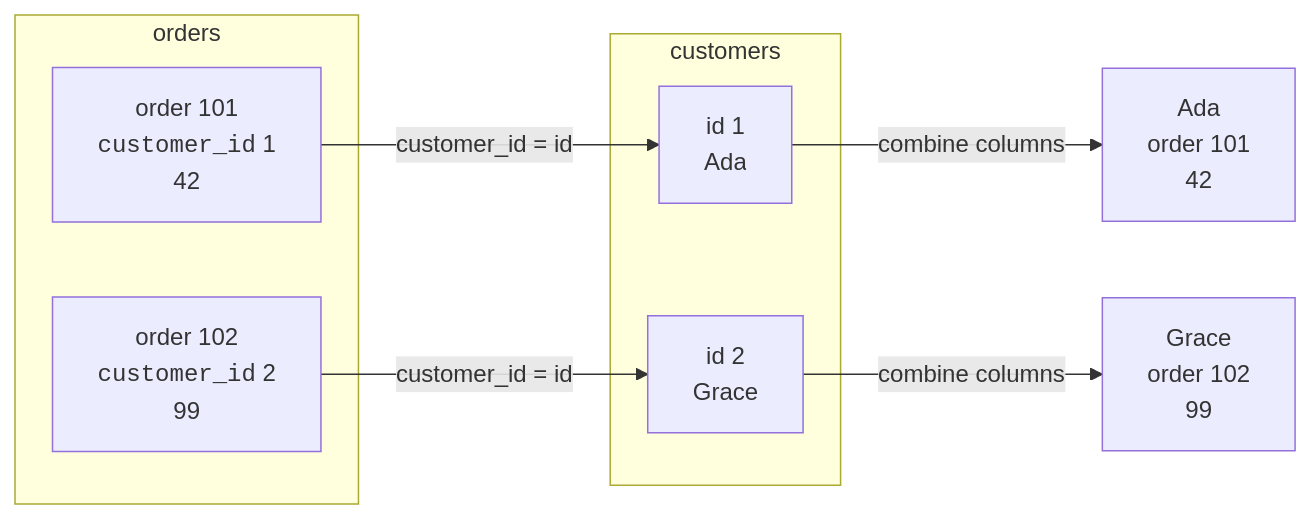
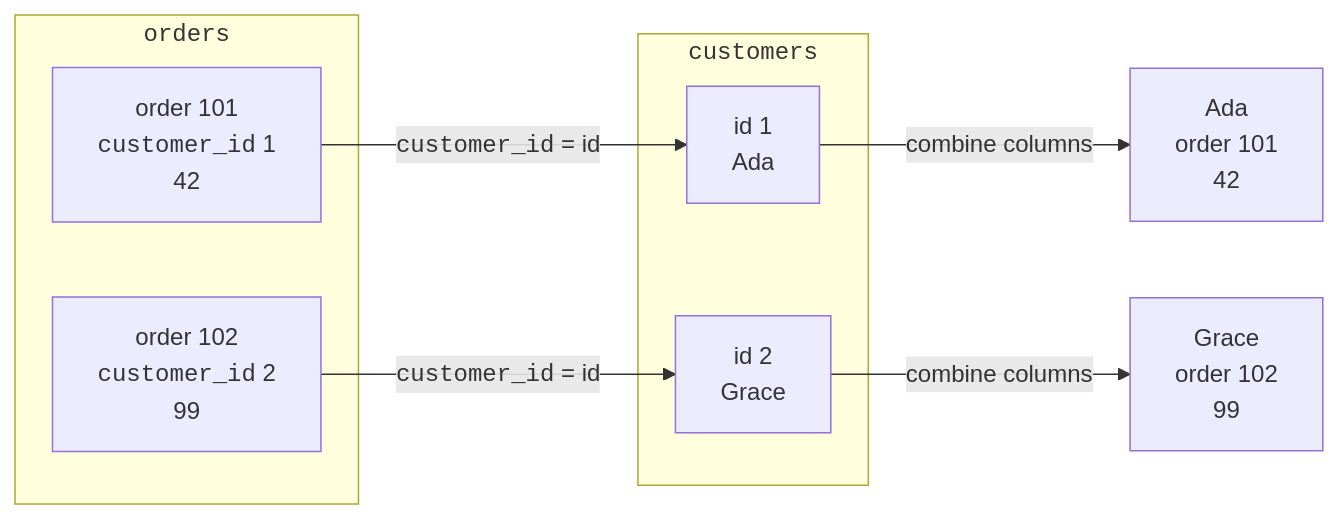
The first of 4 diagrams in content/learn/sqlite-for-beginners/understanding-joins.mdx (dataslope/dataslope), drawn with Mermaid before and after one commit. The commit also changed 46 other files, not shown here.

First line of the commit message:
Wrap code in mermaid edge labels + entity/table names in DB diagrams

````diff
--- a/content/learn/sqlite-for-beginners/understanding-joins.mdx
+++ b/content/learn/sqlite-for-beginners/understanding-joins.mdx
@@ -10,15 +10,15 @@
 ```mermaid
 flowchart LR
-    subgraph C["customers"]
+    subgraph C["<code>customers</code>"]
         C1["id 1<br/>Ada"]
         C2["id 2<br/>Grace"]
     end
-    subgraph O["orders"]
+    subgraph O["<code>orders</code>"]
         O1["order 101<br/><code>customer_id</code> 1<br/>42"]
         O2["order 102<br/><code>customer_id</code> 2<br/>99"]
     end
-    O1 -->|"customer_id = id"| C1
-    O2 -->|"customer_id = id"| C2
+    O1 -->|"<code>customer_id</code> = id"| C1
+    O2 -->|"<code>customer_id</code> = id"| C2
     C1 -->|"combine columns"| R1["Ada<br/>order 101<br/>42"]
     C2 -->|"combine columns"| R2["Grace<br/>order 102<br/>99"]
 ```
````
